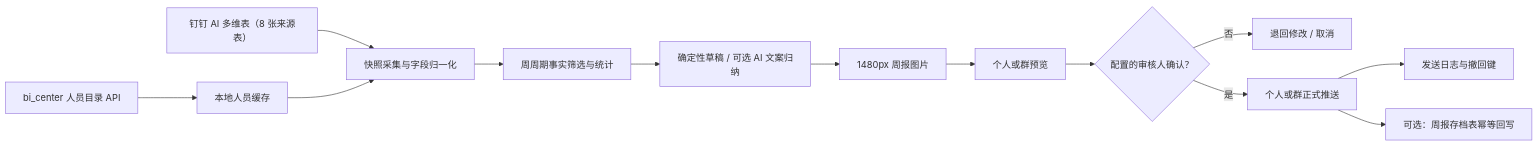
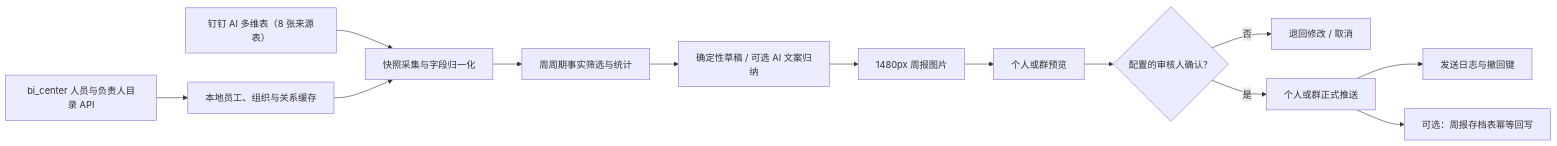
One commit to Max0314/weekly_report_assistant changed the diagram in docs/architecture.md. Above: the diagram before and after it, drawn with Mermaid. The commit also changed other lines of this file and 8 other files, not shown here.

````diff
--- a/docs/architecture.md
+++ b/docs/architecture.md
@@ -5,15 +5,15 @@
 ```mermaid
 flowchart LR
   A["钉钉 AI 多维表（8 张来源表）"] --> B["快照采集与字段归一化"]
-  C["bi_center 人员目录 API"] --> D["本地人员缓存"]
+  C["bi_center 人员与负责人目录 API"] --> D["本地员工、组织与关系缓存"]
   D --> B
   B --> E["周周期事实筛选与统计"]
   E --> F["确定性草稿 / 可选 AI 文案归纳"]
   F --> G["1480px 周报图片"]
   G --> H["个人或群预览"]
   H --> I{"配置的审核人确认？"}
   I -- 否 --> J["退回修改 / 取消"]
   I -- 是 --> K["个人或群正式推送"]
   K --> L["发送日志与撤回键"]
   K --> M["可选：周报存档表幂等回写"]
 ```
````
